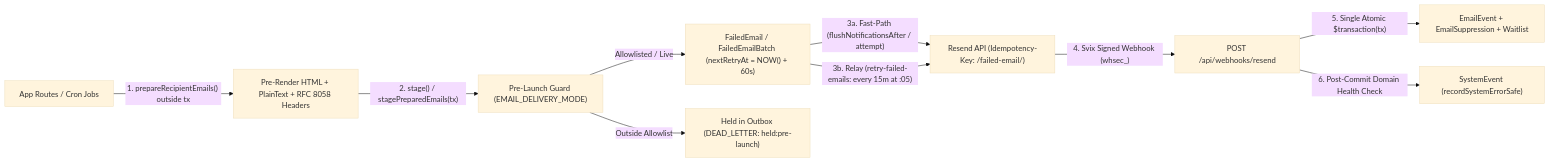
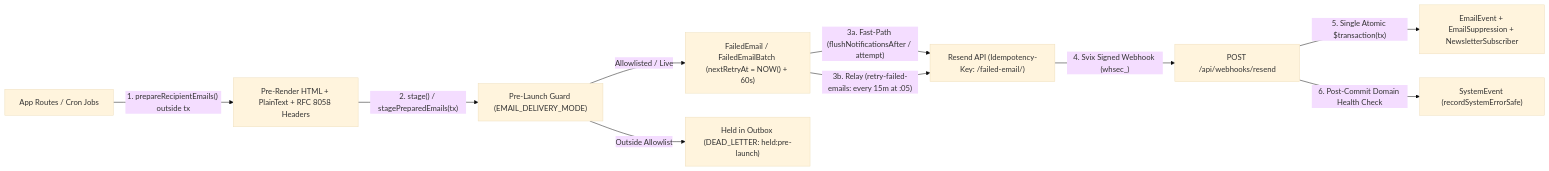
One commit to Practitionist/familiarise_web changed the first of 4 diagrams in docs/email/README.md. Above: the diagram before and after it, drawn with Mermaid (base theme). The commit also changed other lines of this file and 11 other files, not shown here.

First line of the commit message:
docs(newsletter): point the docs at lib/newsletter and NewsletterSubscriber

````diff
--- a/docs/email/README.md
+++ b/docs/email/README.md
@@ -17,12 +17,12 @@
 ```mermaid
 flowchart LR
     App["App Routes / Cron Jobs"] -->|"1. prepareRecipientEmails() outside tx"| Render["Pre-Render HTML + PlainText + RFC 8058 Headers"]
     Render -->|"2. stage() / stagePreparedEmails(tx)"| Guard["Pre-Launch Guard (EMAIL_DELIVERY_MODE)"]
     Guard -->|"Allowlisted / Live"| Outbox["FailedEmail / FailedEmailBatch (nextRetryAt = NOW() + 60s)"]
     Guard -->|"Outside Allowlist"| Held["Held in Outbox (DEAD_LETTER: held:pre-launch)"]
     Outbox -->|"3a. Fast-Path (flushNotificationsAfter / attempt)"| Resend["Resend API (Idempotency-Key: <TYPE>/failed-email/<id>)"]
     Outbox -->|"3b. Relay (retry-failed-emails: every 15m at :05)"| Resend
     Resend -->|"4. Svix Signed Webhook (whsec_)"| Webhook["POST /api/webhooks/resend"]
-    Webhook -->|"5. Single Atomic $transaction(tx)"| Tables["EmailEvent + EmailSuppression + Waitlist"]
+    Webhook -->|"5. Single Atomic $transaction(tx)"| Tables["EmailEvent + EmailSuppression + NewsletterSubscriber"]
     Webhook -->|"6. Post-Commit Domain Health Check"| SystemEvent["SystemEvent (recordSystemErrorSafe)"]
 ```
````
